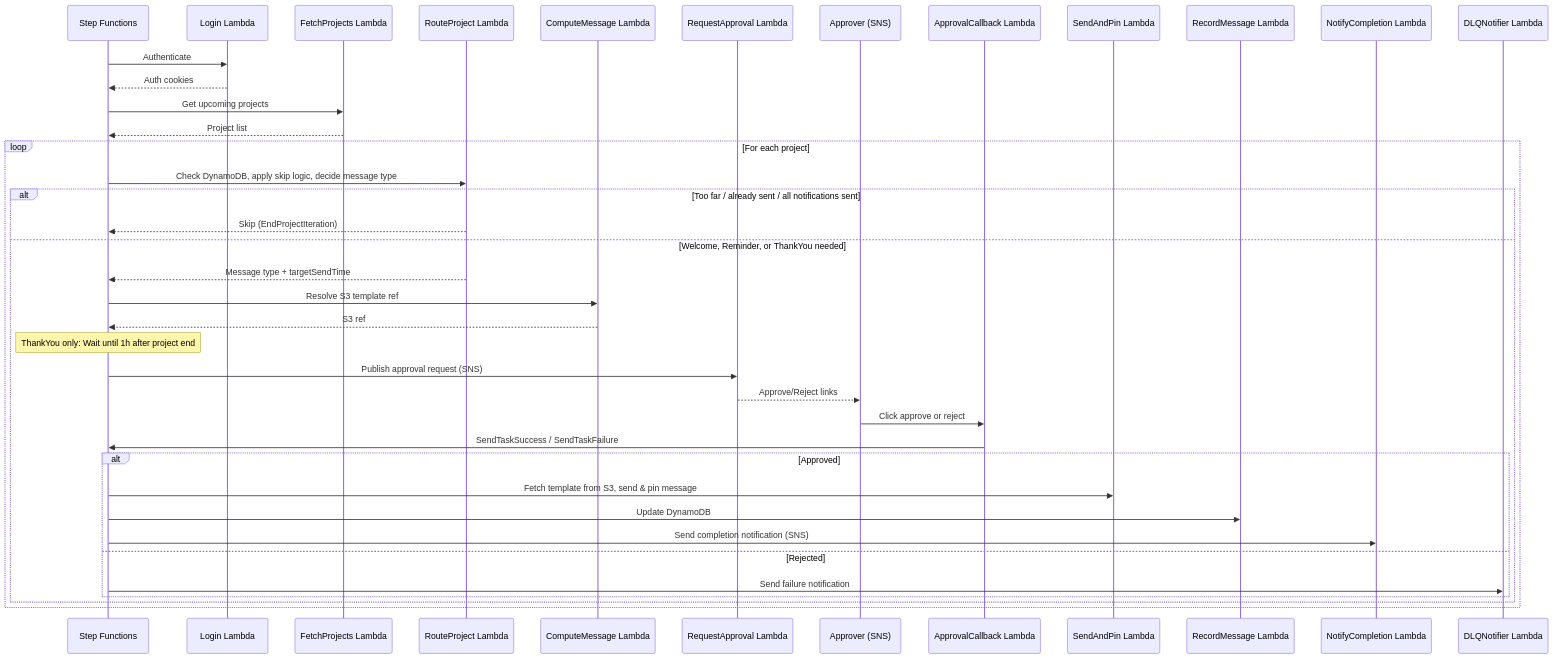
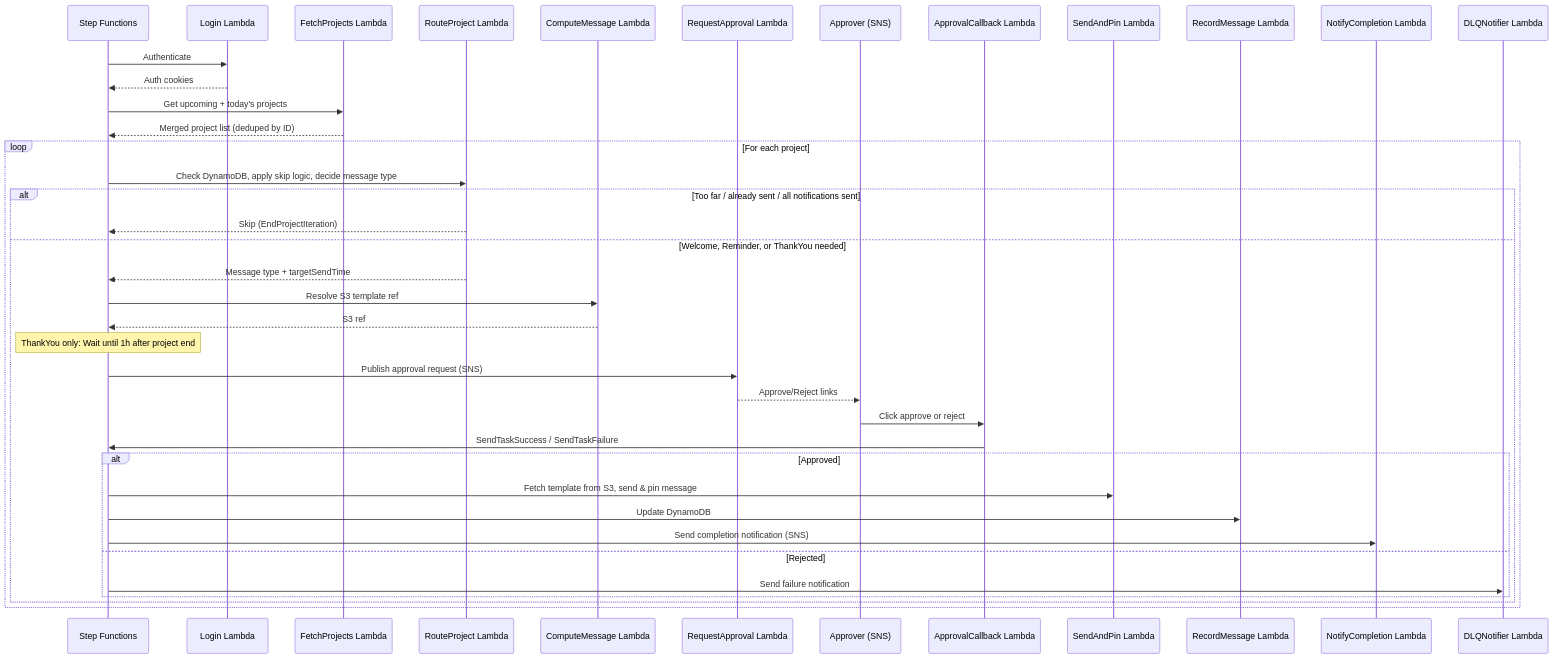
Before and after one commit to Bouzomgi/nycares-project-welcomer: the diagram in README.md, drawn with Mermaid. The commit also changed 8 other files, not shown here.

First line of the commit message:
feat: fetch today's projects alongside upcoming to enable ThankYou routing

````diff
--- a/README.md
+++ b/README.md
@@ -9,46 +9,46 @@
 ```mermaid
 sequenceDiagram
     participant SF as Step Functions
     participant Login as Login Lambda
     participant Fetch as FetchProjects Lambda
     participant RouteProject as RouteProject Lambda
     participant Compute as ComputeMessage Lambda
     participant Request as RequestApproval Lambda
     participant User as Approver (SNS)
     participant Callback as ApprovalCallback Lambda
     participant Send as SendAndPin Lambda
     participant Record as RecordMessage Lambda
     participant Notify as NotifyCompletion Lambda
     participant DLQ as DLQNotifier Lambda
 
     SF->>Login: Authenticate
     Login-->>SF: Auth cookies
 
-    SF->>Fetch: Get upcoming projects
-    Fetch-->>SF: Project list
+    SF->>Fetch: Get upcoming + today's projects
+    Fetch-->>SF: Merged project list (deduped by ID)
 
     loop For each project
         SF->>RouteProject: Check DynamoDB, apply skip logic, decide message type
         alt Too far / already sent / all notifications sent
             RouteProject-->>SF: Skip (EndProjectIteration)
         else Welcome, Reminder, or ThankYou needed
             RouteProject-->>SF: Message type + targetSendTime
             SF->>Compute: Resolve S3 template ref
             Compute-->>SF: S3 ref
 
             note over SF: ThankYou only: Wait until 1h after project end
             SF->>Request: Publish approval request (SNS)
             Request-->>User: Approve/Reject links
             User->>Callback: Click approve or reject
             Callback->>SF: SendTaskSuccess / SendTaskFailure
 
             alt Approved
                 SF->>Send: Fetch template from S3, send & pin message
                 SF->>Record: Update DynamoDB
                 SF->>Notify: Send completion notification (SNS)
             else Rejected
                 SF->>DLQ: Send failure notification
             end
         end
     end
 ```
````
